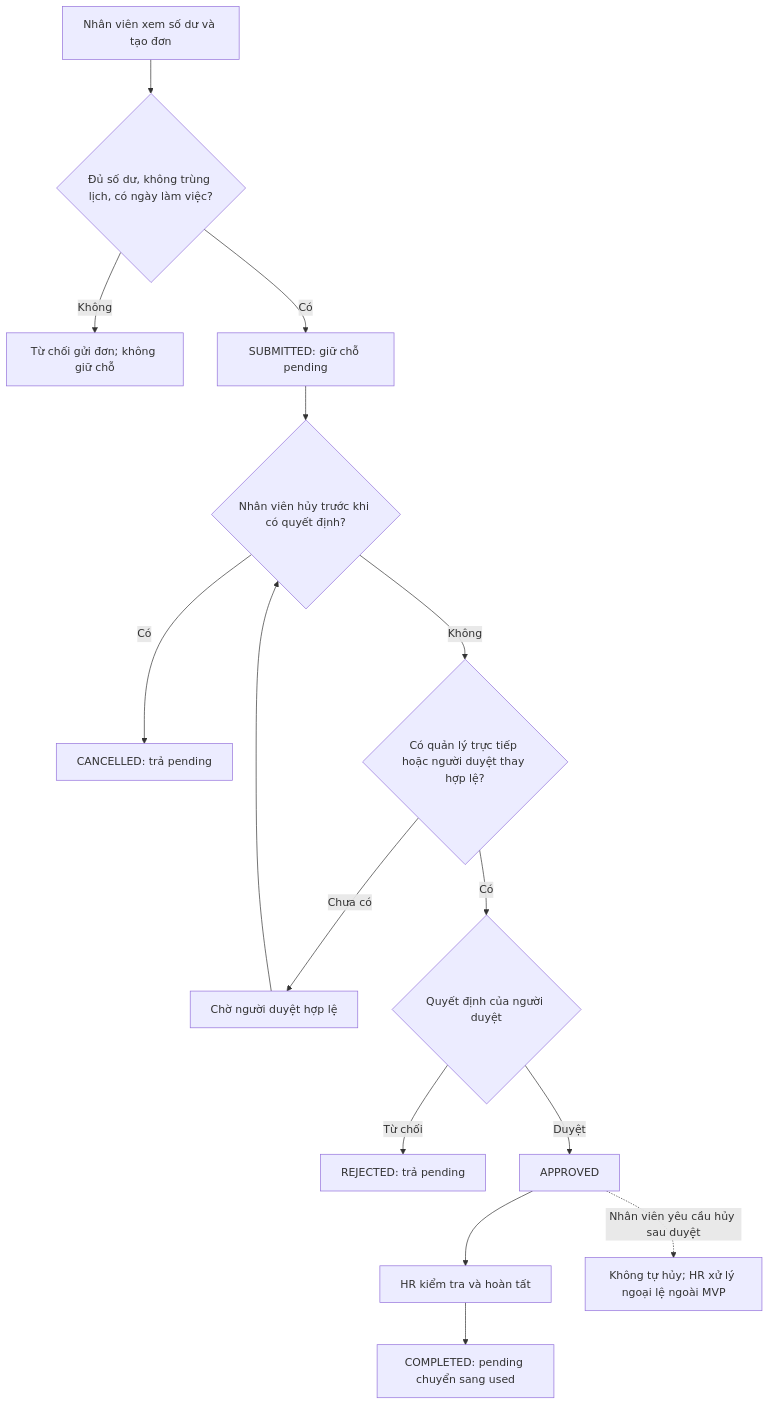
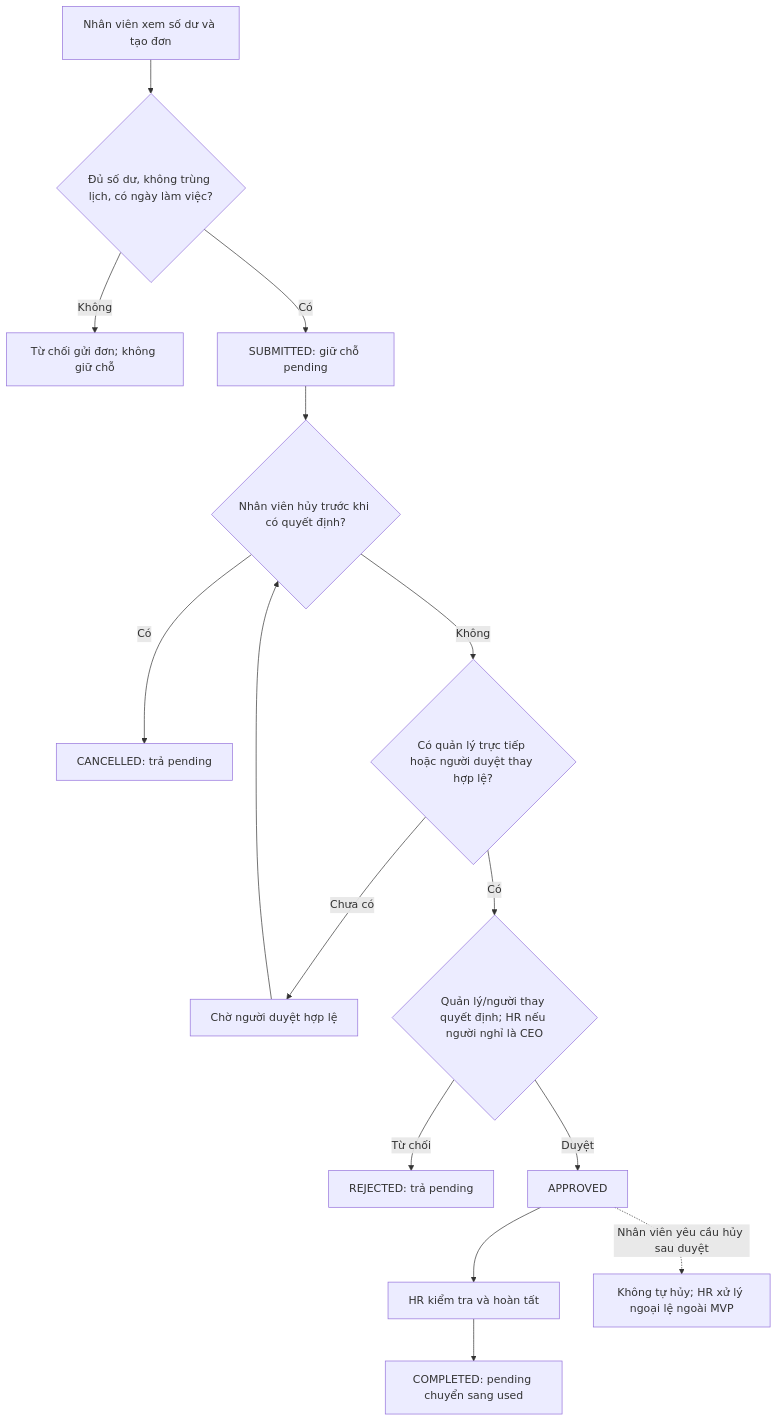
One commit to Acerchicken/HR-Enterprise-Platform changed the diagram in docs/business/leave-rules.md. Above: the diagram before and after it, drawn with Mermaid. The commit also changed other lines of this file and 2 other files, not shown here.

````diff
--- a/docs/business/leave-rules.md
+++ b/docs/business/leave-rules.md
@@ -25,17 +25,17 @@
 ```mermaid
 flowchart TD
     A[Nhân viên xem số dư và tạo đơn] --> B{Đủ số dư, không trùng lịch, có ngày làm việc?}
     B -- Không --> X[Từ chối gửi đơn; không giữ chỗ]
     B -- Có --> C[SUBMITTED: giữ chỗ pending]
     C --> G{Nhân viên hủy trước khi có quyết định?}
     G -- Có --> H[CANCELLED: trả pending]
     G -- Không --> D{Có quản lý trực tiếp hoặc người duyệt thay hợp lệ?}
     D -- Chưa có --> W[Chờ người duyệt hợp lệ]
     W --> G
-    D -- Có --> E{Quyết định của người duyệt}
+    D -- Có --> E{Quản lý/người thay quyết định; HR nếu người nghỉ là CEO}
     E -- Từ chối --> R[REJECTED: trả pending]
     E -- Duyệt --> F[APPROVED]
     F --> I[HR kiểm tra và hoàn tất]
     I --> J[COMPLETED: pending chuyển sang used]
     F -. Nhân viên yêu cầu hủy sau duyệt .-> K[Không tự hủy; HR xử lý ngoại lệ ngoài MVP]
 ```
````
